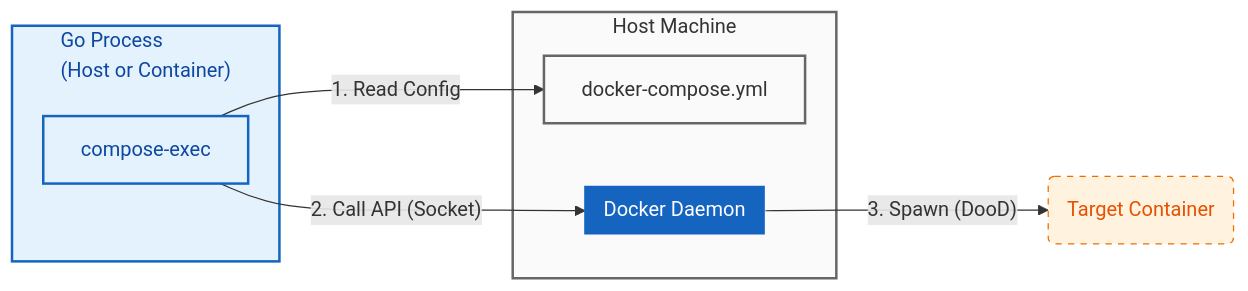
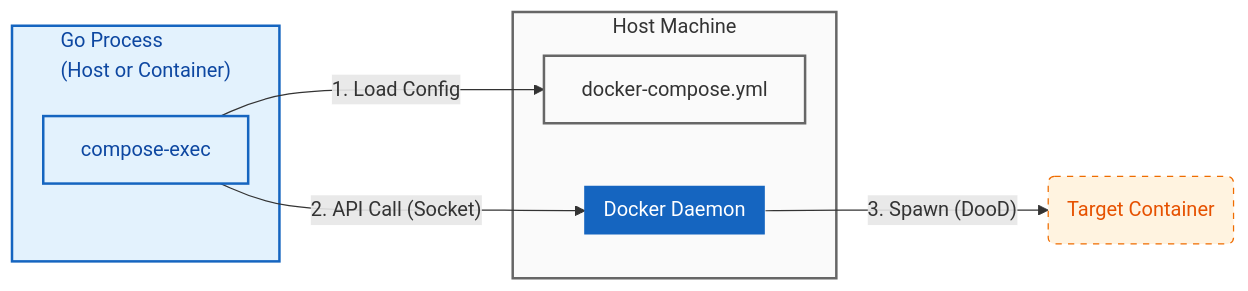
Before and after one commit to hnw/compose-exec: the diagram in README.md, drawn with Mermaid. The commit also changed other lines of this file and 1 other file, not shown here.

````diff
--- a/README.md
+++ b/README.md
@@ -11,26 +11,26 @@
 ```mermaid
 graph LR
     classDef host fill:#fafafa,stroke:#666,stroke-width:2px,color:#333;
     classDef container fill:#e3f2fd,stroke:#1565c0,stroke-width:2px,color:#0d47a1;
     classDef daemon fill:#1565c0,stroke:#fff,stroke-width:0px,color:#fff;
     classDef target fill:#fff3e0,stroke:#ef6c00,stroke-dasharray: 5 5,color:#e65100;
 
     subgraph Host ["Host Machine"]
         File["docker-compose.yml"]:::host
         Daemon[["Docker Daemon"]]:::daemon
     end
 
     subgraph Controller ["Go Process<br>(Host or Container)"]
         Lib["compose-exec"]:::container
     end
 
     Target("Target Container"):::target
 
-    Lib -- "1. Read Config" --> File
-    Lib -- "2. Call API (Socket)" --> Daemon
+    Lib -- "1. Load Config" --> File
+    Lib -- "2. API Call (Socket)" --> Daemon
     Daemon -- "3. Spawn (DooD)" --> Target
 
     class Host host;
     class Controller container;
 
 ```
````
